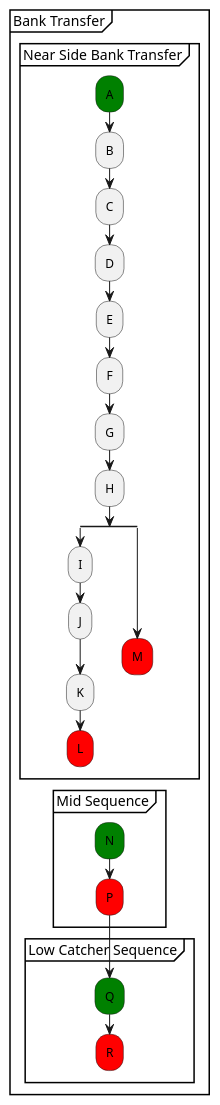
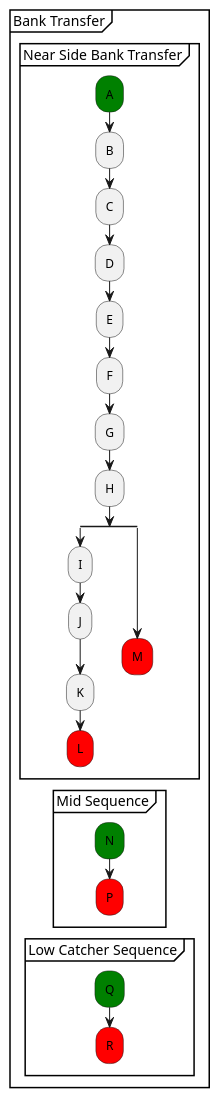
The diagram in models/SequenceVerificationDataCentric/puml/Tutorial_2.puml (xtuml/munin), drawn with PlantUML before and after one commit. The commit also changed 4 other files, not shown here.

```diff
--- a/models/SequenceVerificationDataCentric/puml/Tutorial_2.puml
+++ b/models/SequenceVerificationDataCentric/puml/Tutorial_2.puml
@@ -7,32 +7,33 @@
 @startuml 
 partition "Bank Transfer" {
 group "Near Side Bank Transfer"
       #green:A;
       :B;
       :C;
       :D;
       :E;
       :F;
       :G;
       :H;
   split
       :I;
       :J;
       :K;
       #red:L;
       detach
   split again
       #red:M;
       detach
   end split    
 end group
 group "Mid Sequence"
       #green:N;
       #red:P;
+      detach
 end group
 group "Low Catcher Sequence"
       #green:Q;
       #red:R;
 end group
 }      
 @enduml
```
